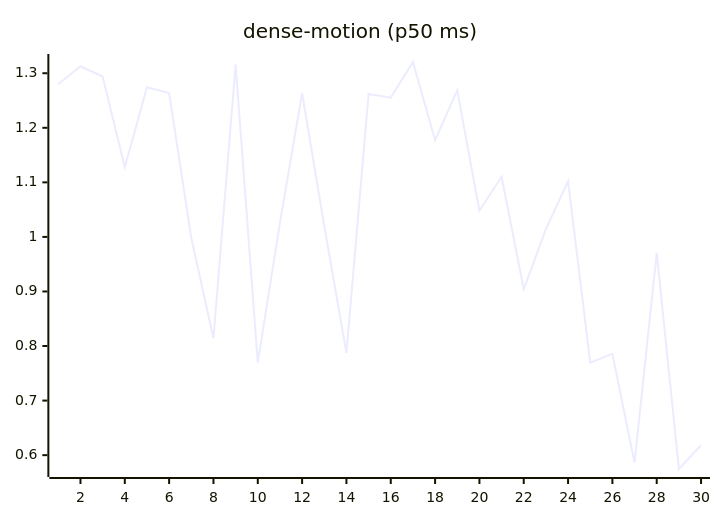
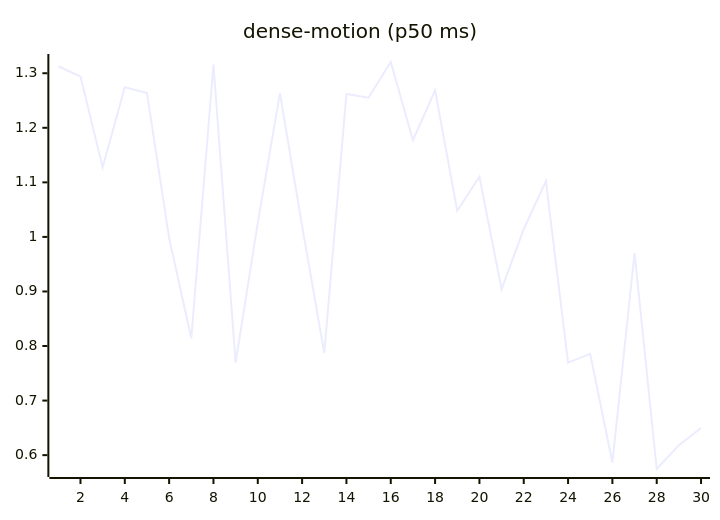
The ninth of 27 diagrams in README.md (josha/Facet), drawn with Mermaid before and after one commit. The commit also changed other lines of this file and 2 other files, not shown here.

````diff
--- a/README.md
+++ b/README.md
@@ -119,6 +119,6 @@
 ```mermaid
 xychart-beta
     title "dense-motion (p50 ms)"
     x-axis 1 --> 30
-    line [1.2798, 1.3128, 1.2940, 1.1276, 1.2742, 1.2636, 0.9981, 0.8144, 1.3160, 0.7697, 1.0258, 1.2636, 1.0200, 0.7874, 1.2619, 1.2553, 1.3206, 1.1772, 1.2685, 1.0480, 1.1102, 0.9040, 1.0144, 1.1023, 0.7695, 0.7856, 0.5862, 0.9706, 0.5746, 0.6181]
+    line [1.3128, 1.2940, 1.1276, 1.2742, 1.2636, 0.9981, 0.8144, 1.3160, 0.7697, 1.0258, 1.2636, 1.0200, 0.7874, 1.2619, 1.2553, 1.3206, 1.1772, 1.2685, 1.0480, 1.1102, 0.9040, 1.0144, 1.1023, 0.7695, 0.7856, 0.5862, 0.9706, 0.5746, 0.6181, 0.6498]
 ```
````
